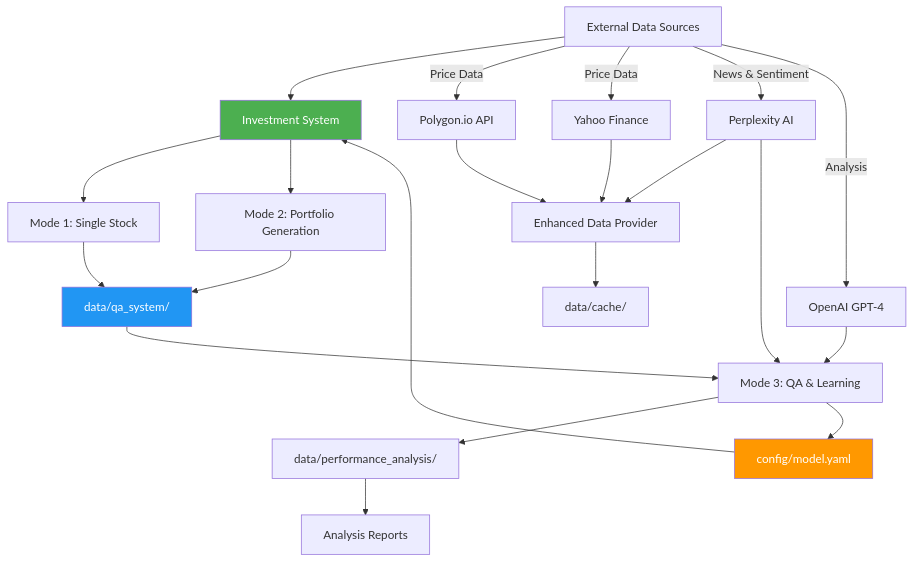
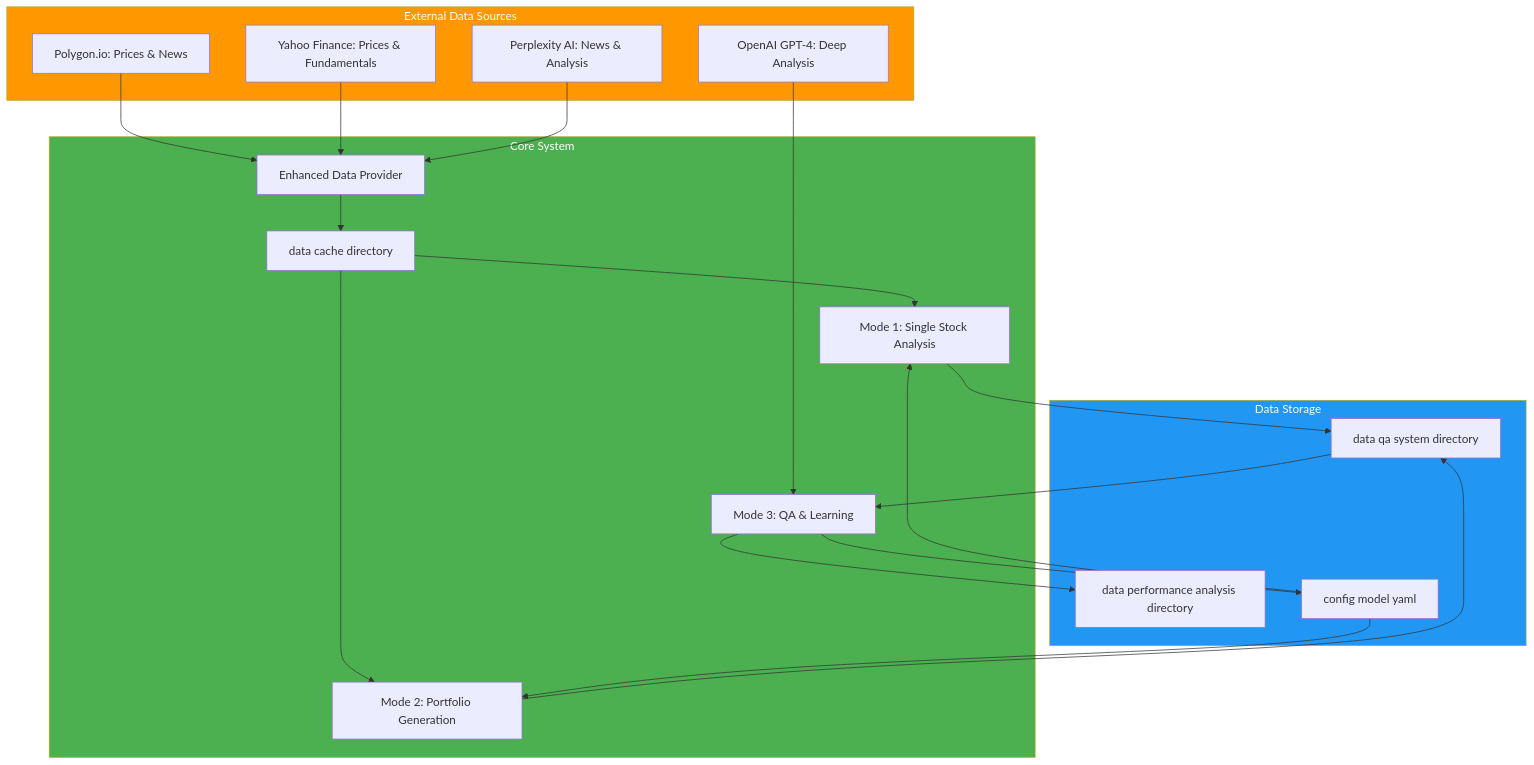
Before and after one commit to yaboibean2/Wharton: the sixth of 6 diagrams in SYSTEM_FLOW_DIAGRAMS.md, drawn with Mermaid. The commit also changed other lines of this file, not shown here.

First line of the commit message:
Fix Mermaid.js syntax: Remove HTML tags for GitHub compatibility

````diff
--- a/SYSTEM_FLOW_DIAGRAMS.md
+++ b/SYSTEM_FLOW_DIAGRAMS.md
@@ -592,36 +378,47 @@
 ```mermaid
 graph TB
-    External[External Data Sources] --> System[Investment System]
+    subgraph External[External Data Sources]
+        Polygon[Polygon.io: Prices & News]
+        YFinance[Yahoo Finance: Prices & Fundamentals]
+        Perplexity[Perplexity AI: News & Analysis]
+        OpenAI[OpenAI GPT-4: Deep Analysis]
+    end
     
-    External -->|Price Data| Polygon[Polygon.io API]
-    External -->|Price Data| YFinance[Yahoo Finance]
-    External -->|News & Sentiment| Perplexity[Perplexity AI]
-    External -->|Analysis| OpenAI[OpenAI GPT-4]
+    subgraph System[Core System]
+        DataProvider[Enhanced Data Provider]
+        Cache[data cache directory]
+        
+        Mode1[Mode 1: Single Stock Analysis]
+        Mode2[Mode 2: Portfolio Generation]
+        Mode3[Mode 3: QA & Learning]
+    end
     
-    Polygon --> DataProvider[Enhanced Data Provider]
+    subgraph Storage[Data Storage]
+        QAStorage[data qa system directory]
+        PerfStorage[data performance analysis directory]
+        Config[config model yaml]
+    end
+    
+    Polygon --> DataProvider
     YFinance --> DataProvider
     Perplexity --> DataProvider
+    OpenAI --> Mode3
     
-    DataProvider --> Cache[data/cache/]
+    DataProvider --> Cache
+    Cache --> Mode1
+    Cache --> Mode2
     
-    System --> Mode1Process[Mode 1: Single Stock]
-    System --> Mode2Process[Mode 2: Portfolio Generation]
+    Mode1 --> QAStorage
+    Mode2 --> QAStorage
     
-    Mode1Process --> QAStorage[data/qa_system/]
-    Mode2Process --> QAStorage
+    QAStorage --> Mode3
+    Mode3 --> PerfStorage
+    Mode3 --> Config
     
-    QAStorage --> Mode3Process[Mode 3: QA & Learning]
-    
-    Mode3Process --> PerformanceData[data/performance_analysis/]
-    Mode3Process --> ConfigUpdate[config/model.yaml]
-    
-    ConfigUpdate --> System
-    PerformanceData --> Reports[Analysis Reports]
-    
-    OpenAI --> Mode3Process
-    Perplexity --> Mode3Process
+    Config --> Mode1
+    Config --> Mode2
     
     style System fill:#4CAF50,color:#fff
-    style QAStorage fill:#2196F3,color:#fff
-    style ConfigUpdate fill:#FF9800,color:#fff
+    style Storage fill:#2196F3,color:#fff
+    style External fill:#FF9800,color:#fff
 ```
````
